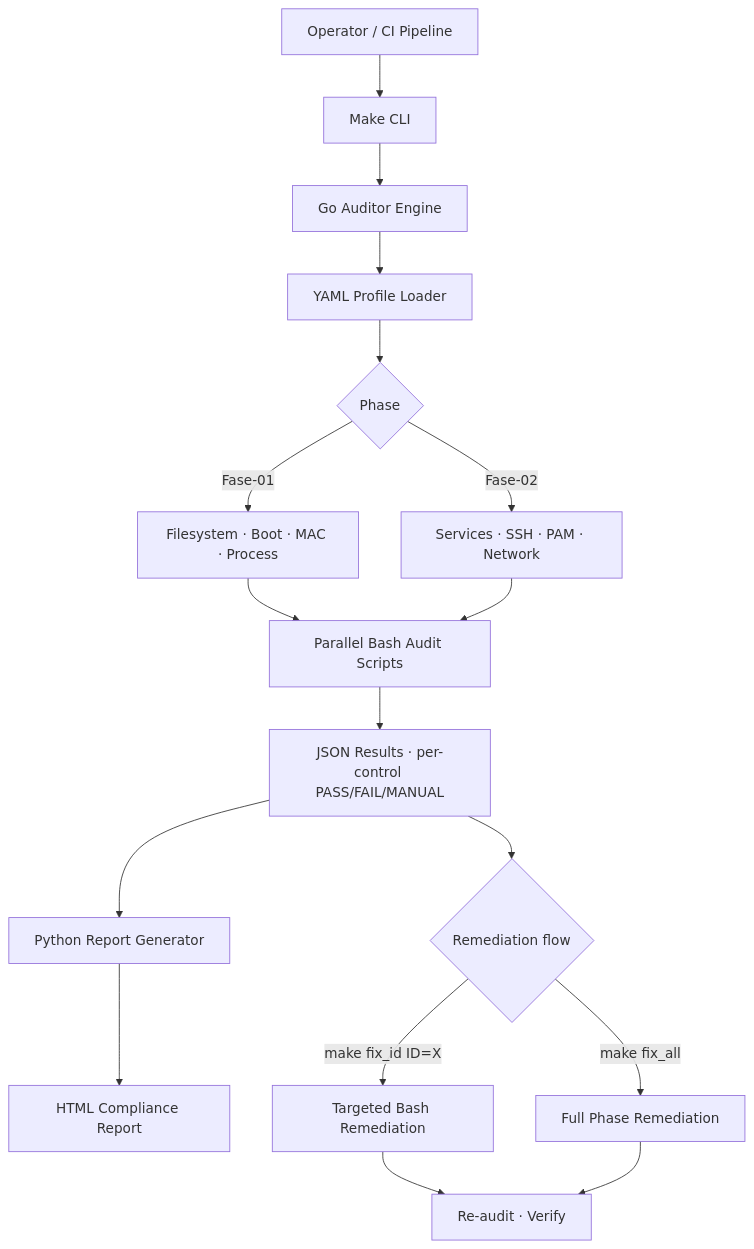
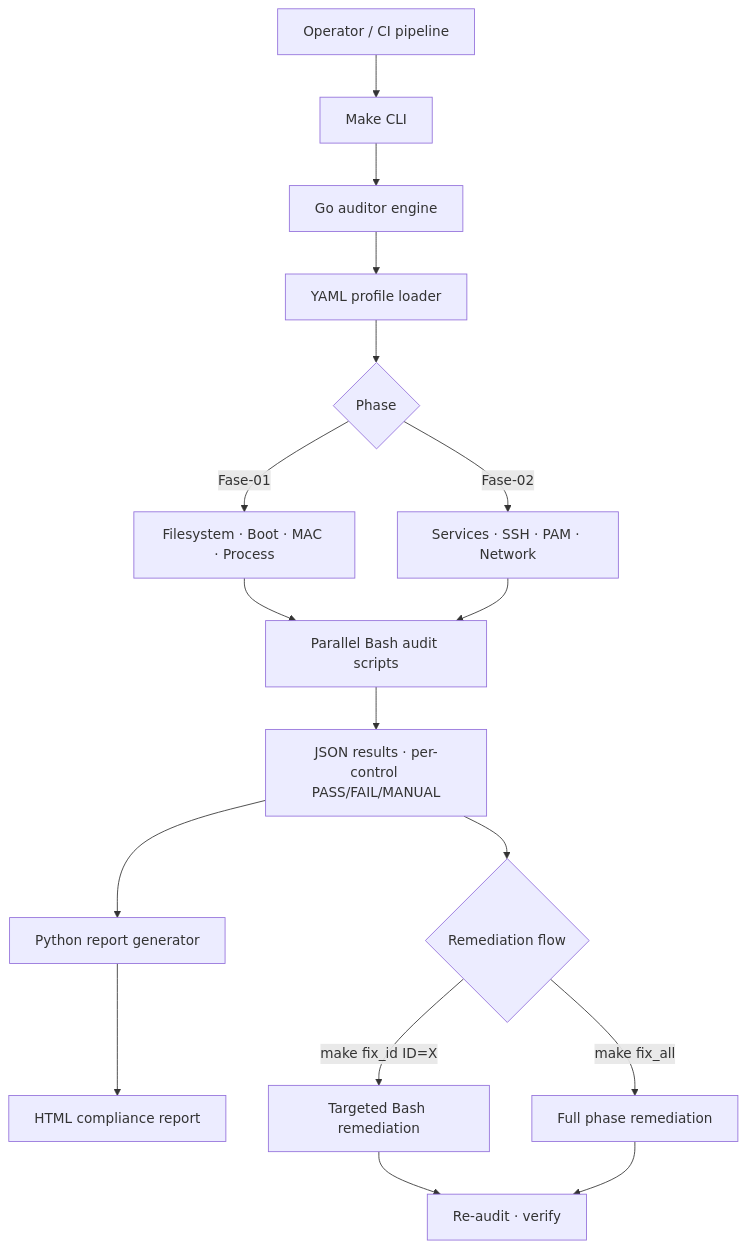
The diagram in src/content/projects/en/cis-auditor.mdx (CHDevSec/portfolio), drawn with Mermaid before and after one commit. The commit also changed other lines of this file and 169 other files, not shown here.

````diff
--- a/src/content/projects/en/cis-auditor.mdx
+++ b/src/content/projects/en/cis-auditor.mdx
@@ -51,24 +71,24 @@
 ```mermaid
 flowchart TB
-    A[Operator / CI Pipeline] --> B[Make CLI]
-    B --> C[Go Auditor Engine]
-    C --> D[YAML Profile Loader]
+    A[Operator / CI pipeline] --> B[Make CLI]
+    B --> C[Go auditor engine]
+    C --> D[YAML profile loader]
 
     D --> E{Phase}
     E -->|Fase-01| F[Filesystem · Boot · MAC · Process]
     E -->|Fase-02| G[Services · SSH · PAM · Network]
 
-    F --> H[Parallel Bash Audit Scripts]
+    F --> H[Parallel Bash audit scripts]
     G --> H
 
-    H --> I[JSON Results · per-control PASS/FAIL/MANUAL]
+    H --> I[JSON results · per-control PASS/FAIL/MANUAL]
 
-    I --> J[Python Report Generator]
-    J --> K[HTML Compliance Report]
+    I --> J[Python report generator]
+    J --> K[HTML compliance report]
 
     I --> L{Remediation flow}
-    L -->|make fix_id ID=X| M[Targeted Bash Remediation]
-    L -->|make fix_all| N[Full Phase Remediation]
-    M --> O[Re-audit · Verify]
+    L -->|make fix_id ID=X| M[Targeted Bash remediation]
+    L -->|make fix_all| N[Full phase remediation]
+    M --> O[Re-audit · verify]
     N --> O
 ```
````
